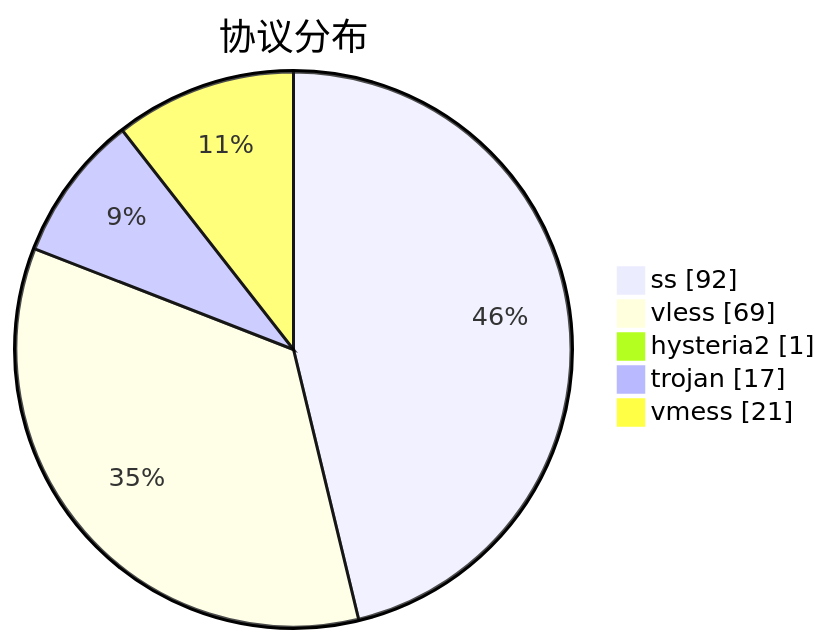
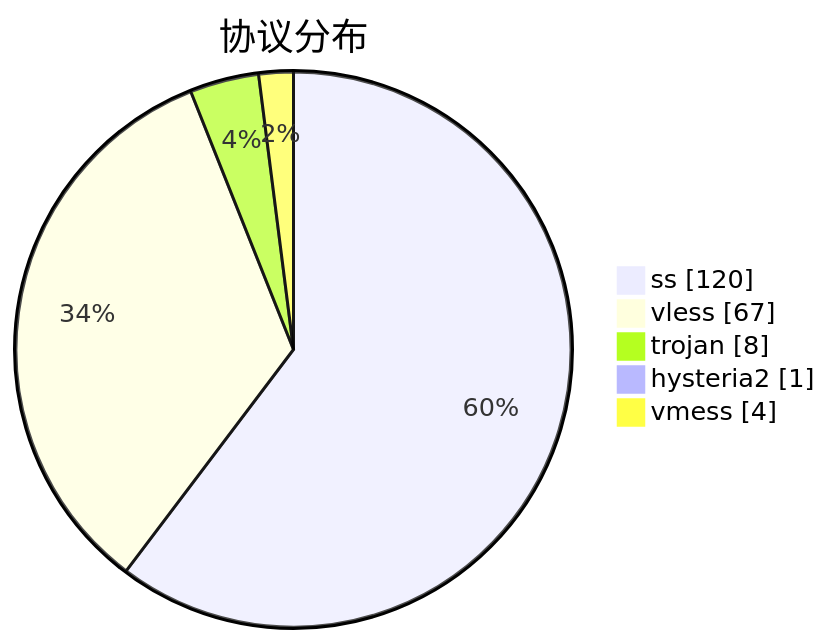
The third of 3 diagrams in subs/statistics/tested_within.md (qjlxg/airport), drawn with Mermaid before and after one commit. The commit also changed other lines of this file and 2 other files, not shown here.

````diff
--- a/subs/statistics/tested_within.md
+++ b/subs/statistics/tested_within.md
@@ -29,9 +28,9 @@
 ```mermaid
 pie showData
 title 协议分布
-"ss" : 92
-"vless" : 69
+"ss" : 120
+"vless" : 67
+"trojan" : 8
 "hysteria2" : 1
-"trojan" : 17
-"vmess" : 21
+"vmess" : 4
 ```
````
